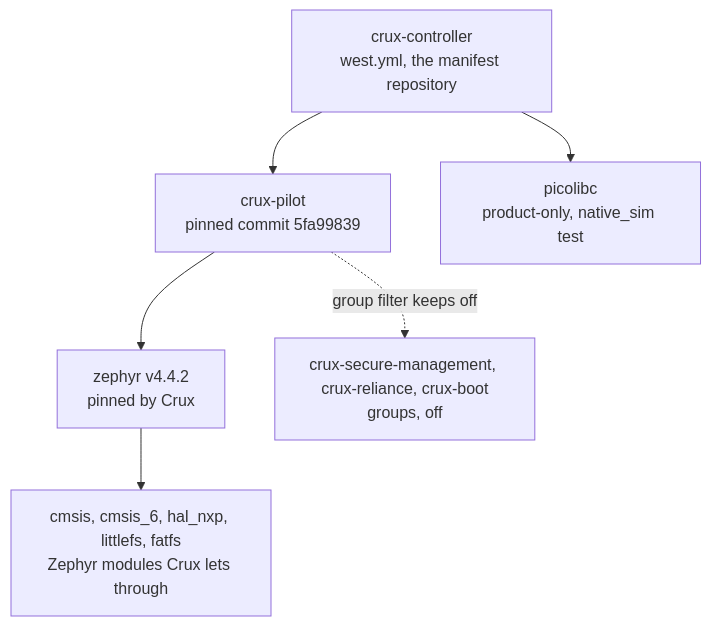
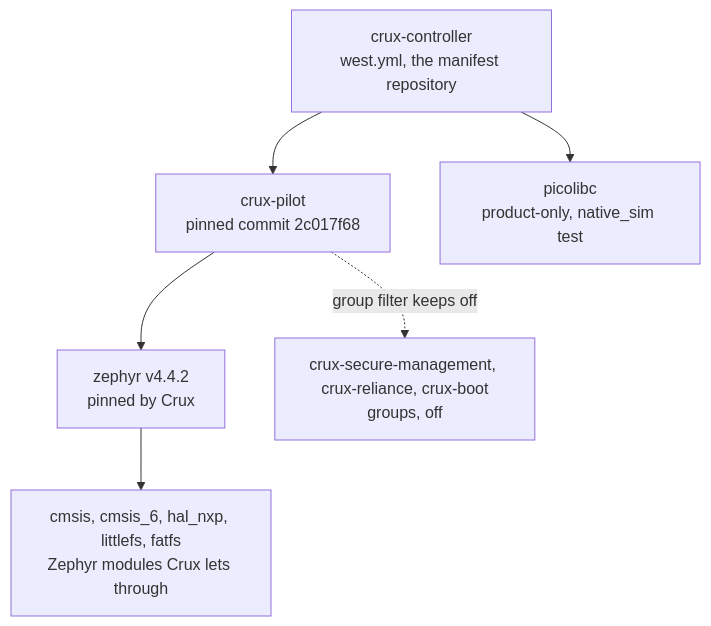
The diagram in docs/dependencies.md (wonny-labs/crux-controller), drawn with Mermaid before and after one commit. The commit also changed other lines of this file and 13 other files, not shown here.

First line of the commit message:
build(west): move the crux-pilot pin to 2c017f68

````diff
--- a/docs/dependencies.md
+++ b/docs/dependencies.md
@@ -16,14 +16,14 @@
 ```mermaid
 flowchart TD
     CC["crux-controller<br/>west.yml, the manifest repository"]
-    CP["crux-pilot<br/>pinned commit 5fa99839"]
+    CP["crux-pilot<br/>pinned commit 2c017f68"]
     ZP["zephyr v4.4.2<br/>pinned by Crux"]
     MOD["cmsis, cmsis_6, hal_nxp, littlefs, fatfs<br/>Zephyr modules Crux lets through"]
     PL["picolibc<br/>product-only, native_sim test"]
     OFF["crux-secure-management, crux-reliance, crux-boot<br/>groups, off"]
     CC --> CP
     CC --> PL
     CP --> ZP
     ZP --> MOD
     CP -. "group filter keeps off" .-> OFF
 ```
````
